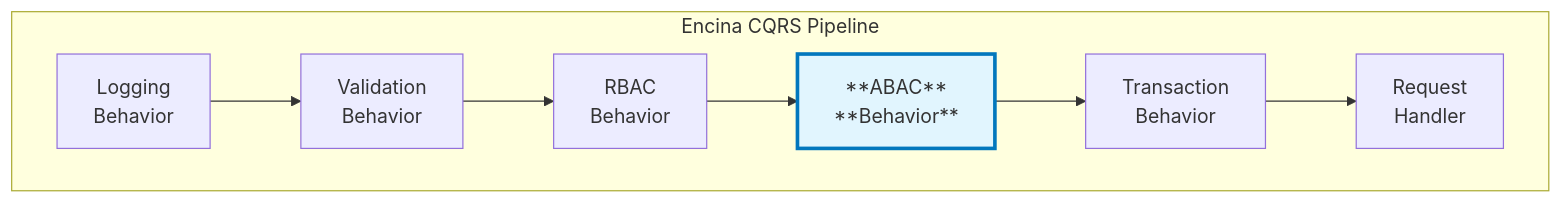
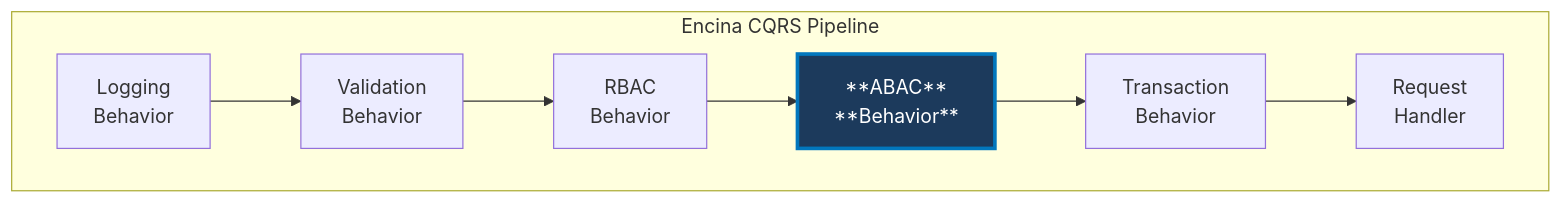
One commit to dlrivada/Encina changed the fourth of 4 diagrams in docs/features/abac/xacml/architecture.md. Above: the diagram before and after it, drawn with Mermaid. The commit also changed 6 other files, not shown here.

First line of the commit message:
docs: replace hardcoded light-mode Mermaid colors with dark equivalents

````diff
--- a/docs/features/abac/xacml/architecture.md
+++ b/docs/features/abac/xacml/architecture.md
@@ -558,13 +558,13 @@
 ```mermaid
 graph LR
     subgraph "Encina CQRS Pipeline"
         direction LR
         A["Logging<br/>Behavior"] --> B["Validation<br/>Behavior"]
         B --> C["RBAC<br/>Behavior"]
         C --> D["**ABAC**<br/>**Behavior**"]
         D --> E["Transaction<br/>Behavior"]
         E --> F["Request<br/>Handler"]
     end
 
-    style D fill:#e1f5fe,stroke:#0277bd,stroke-width:3px
+    style D fill:#1c3a5c,stroke:#0277bd,stroke-width:3px,color:#fff
 ```
````
